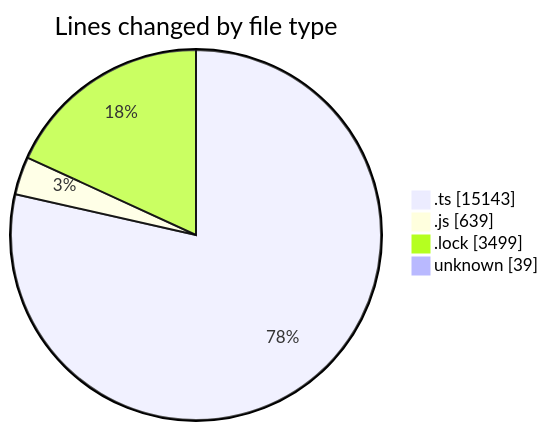
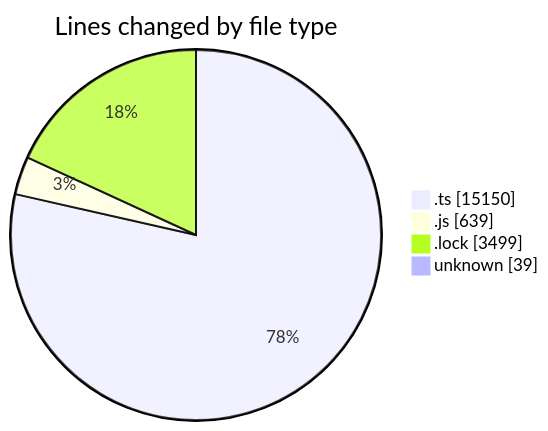
Before and after one commit to momahboobian/code-tracking: the first of 2 diagrams in 2025-05-20/cda/README.md, drawn with Mermaid. The commit also changed other lines of this file and 1 other file, not shown here.

````diff
--- a/2025-05-20/cda/README.md
+++ b/2025-05-20/cda/README.md
@@ -31,8 +31,8 @@
 ```mermaid
 pie showData
 title Lines changed by file type
-".ts" : 15143
+".ts" : 15150
 ".js" : 639
 ".lock" : 3499
 "unknown" : 39
 ```
````
